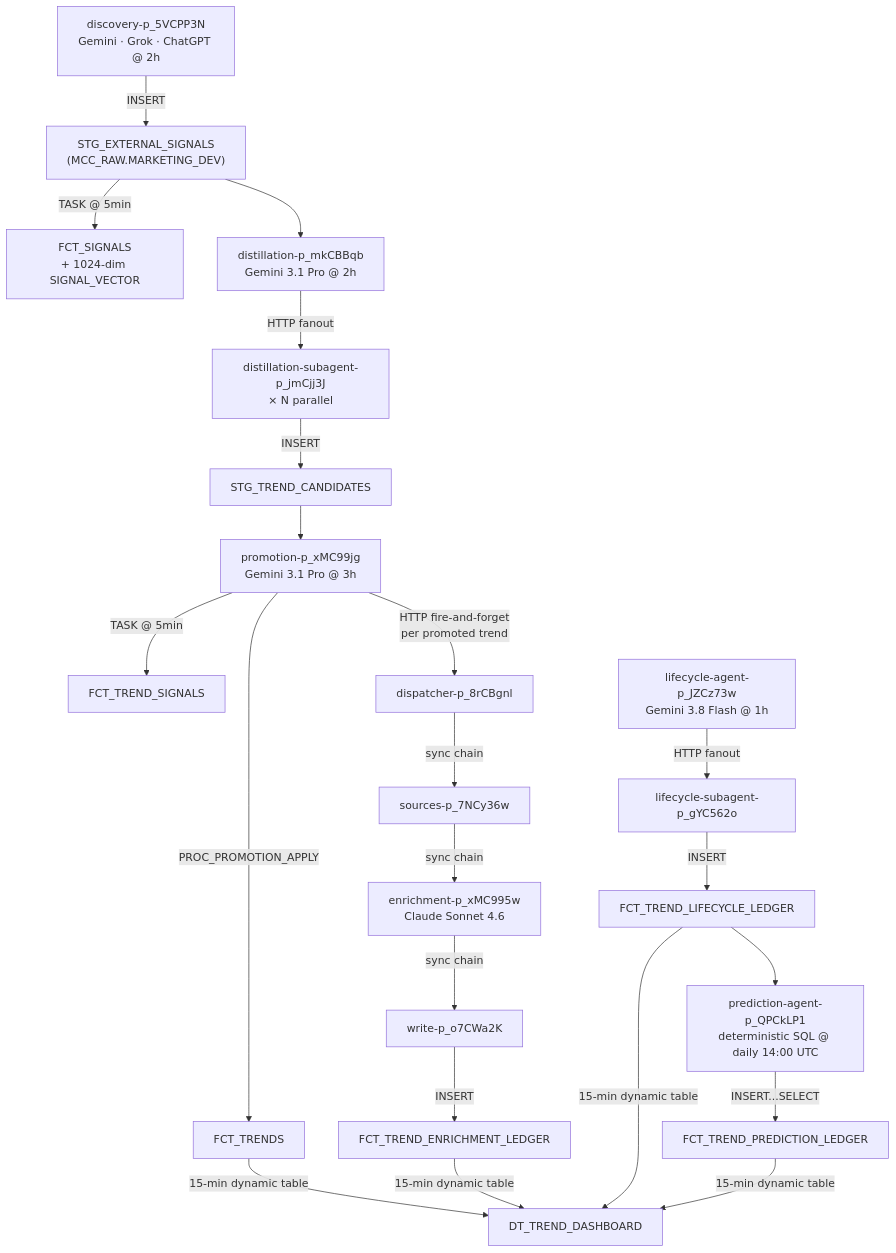
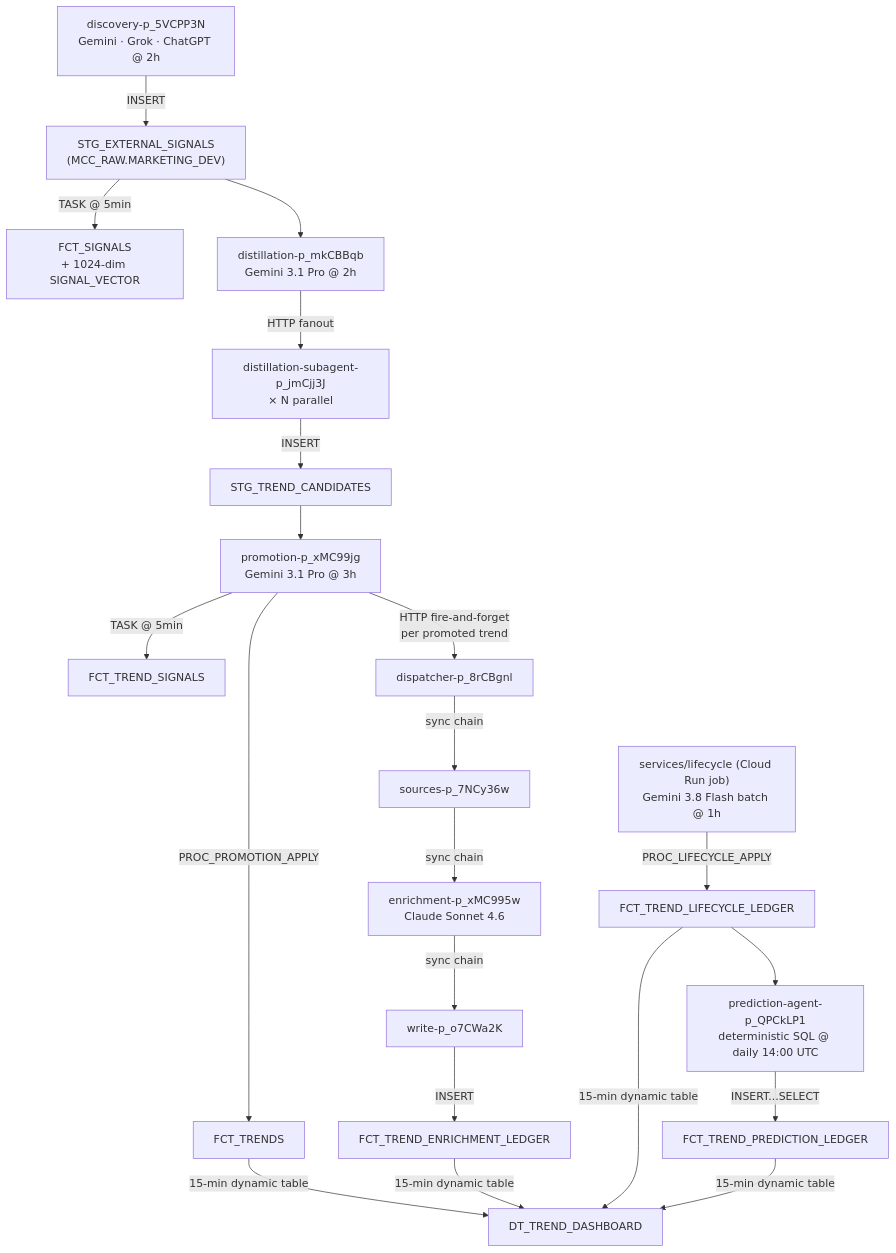
One commit to mjmena/Trend-Tree changed the diagram in docs/architecture.md. Above: the diagram before and after it, drawn with Mermaid. The commit also changed other lines of this file and 16 other files, not shown here.

````diff
--- a/docs/architecture.md
+++ b/docs/architecture.md
@@ -25,21 +25,20 @@
 ```mermaid
 flowchart TD
     A["discovery-p_5VCPP3N\nGemini · Grok · ChatGPT @ 2h"] -->|INSERT| B["STG_EXTERNAL_SIGNALS\n(MCC_RAW.MARKETING_DEV)"]
     B -->|"TASK @ 5min"| C["FCT_SIGNALS\n+ 1024-dim SIGNAL_VECTOR"]
     B --> D["distillation-p_mkCBBqb\nGemini 3.1 Pro @ 2h"]
     D -->|"HTTP fanout"| D2["distillation-subagent-p_jmCjj3J\n× N parallel"]
     D2 -->|INSERT| E["STG_TREND_CANDIDATES"]
     E --> F["promotion-p_xMC99jg\nGemini 3.1 Pro @ 3h"]
     F -->|"PROC_PROMOTION_APPLY"| G["FCT_TRENDS"]
     F -->|"TASK @ 5min"| G2["FCT_TREND_SIGNALS"]
     F -->|"HTTP fire-and-forget\nper promoted trend"| H["dispatcher-p_8rCBgnl"]
     H -->|sync chain| H1["sources-p_7NCy36w"]
     H1 -->|sync chain| H2["enrichment-p_xMC995w\nClaude Sonnet 4.6"]
     H2 -->|sync chain| H3["write-p_o7CWa2K"]
     H3 -->|INSERT| I["FCT_TREND_ENRICHMENT_LEDGER"]
-    J["lifecycle-agent-p_JZCz73w\nGemini 3.8 Flash @ 1h"] -->|"HTTP fanout"| J2["lifecycle-subagent-p_gYC562o"]
-    J2 -->|INSERT| K["FCT_TREND_LIFECYCLE_LEDGER"]
+    J["services/lifecycle (Cloud Run job)\nGemini 3.8 Flash batch @ 1h"] -->|"PROC_LIFECYCLE_APPLY"| K["FCT_TREND_LIFECYCLE_LEDGER"]
     P["prediction-agent-p_QPCkLP1\ndeterministic SQL @ daily 14:00 UTC"] -->|"INSERT...SELECT"| P2["FCT_TREND_PREDICTION_LEDGER"]
     K --> P
     G & I & K & P2 -->|"15-min dynamic table"| L["DT_TREND_DASHBOARD"]
 ```
````
